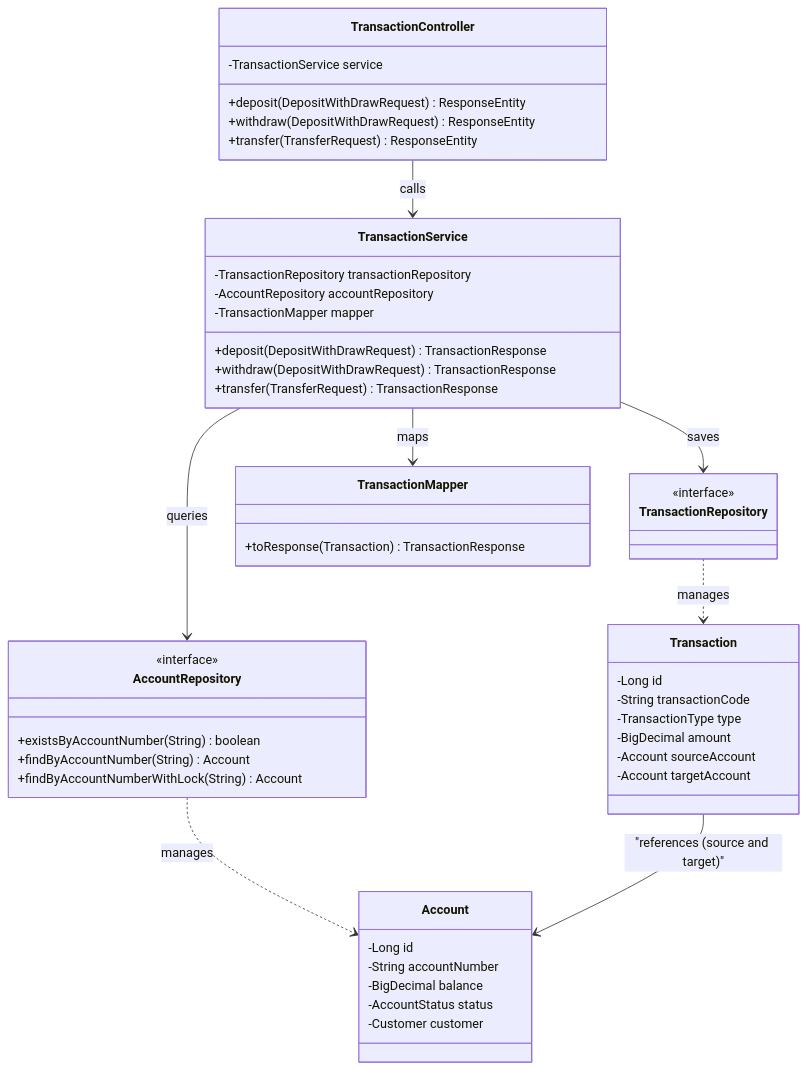
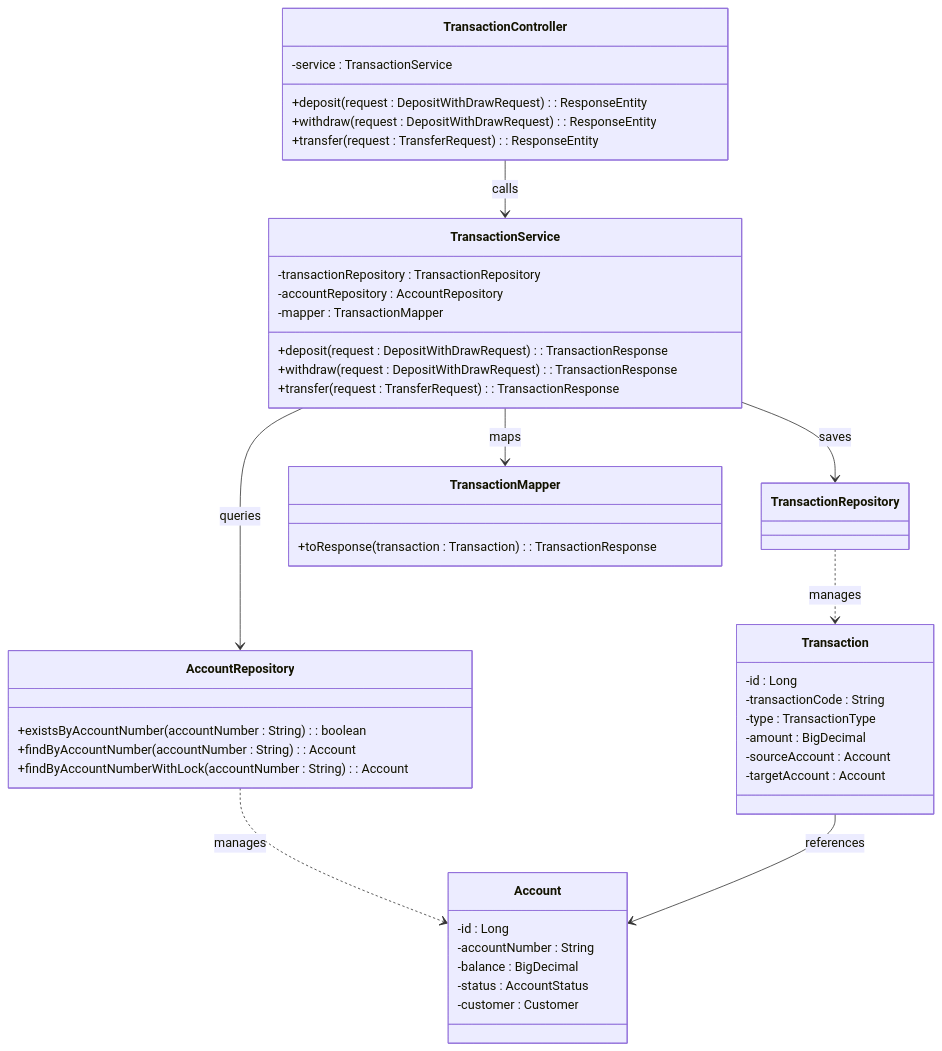
The second of 2 diagrams in project_review.md (NguyenNhatUS/SmartBank), drawn with Mermaid before and after one commit.

Commit message:
docs: update project review document with recent progress and status notes

````diff
--- a/project_review.md
+++ b/project_review.md
@@ -96,58 +96,55 @@
 ```mermaid
 classDiagram
     class TransactionController {
-        -TransactionService service
-        +deposit(DepositWithDrawRequest) ResponseEntity
-        +withdraw(DepositWithDrawRequest) ResponseEntity
-        +transfer(TransferRequest) ResponseEntity
+        -service : TransactionService
+        +deposit(request : DepositWithDrawRequest) : ResponseEntity
+        +withdraw(request : DepositWithDrawRequest) : ResponseEntity
+        +transfer(request : TransferRequest) : ResponseEntity
     }
 
     class TransactionService {
-        -TransactionRepository transactionRepository
-        -AccountRepository accountRepository
-        -TransactionMapper mapper
-        +deposit(DepositWithDrawRequest) TransactionResponse
-        +withdraw(DepositWithDrawRequest) TransactionResponse
-        +transfer(TransferRequest) TransactionResponse
+        -transactionRepository : TransactionRepository
+        -accountRepository : AccountRepository
+        -mapper : TransactionMapper
+        +deposit(request : DepositWithDrawRequest) : TransactionResponse
+        +withdraw(request : DepositWithDrawRequest) : TransactionResponse
+        +transfer(request : TransferRequest) : TransactionResponse
     }
 
     class AccountRepository {
-        <<interface>>
-        +existsByAccountNumber(String) boolean
-        +findByAccountNumber(String) Account
-        +findByAccountNumberWithLock(String) Account
+        +existsByAccountNumber(accountNumber : String) : boolean
+        +findByAccountNumber(accountNumber : String) : Account
+        +findByAccountNumberWithLock(accountNumber : String) : Account
     }
 
-    class TransactionRepository {
-        <<interface>>
-    }
+    class TransactionRepository
 
     class TransactionMapper {
-        +toResponse(Transaction) TransactionResponse
+        +toResponse(transaction : Transaction) : TransactionResponse
     }
 
     class Account {
-        -Long id
-        -String accountNumber
-        -BigDecimal balance
-        -AccountStatus status
-        -Customer customer
+        -id : Long
+        -accountNumber : String
+        -balance : BigDecimal
+        -status : AccountStatus
+        -customer : Customer
     }
 
     class Transaction {
-        -Long id
-        -String transactionCode
-        -TransactionType type
-        -BigDecimal amount
-        -Account sourceAccount
-        -Account targetAccount
+        -id : Long
+        -transactionCode : String
+        -type : TransactionType
+        -amount : BigDecimal
+        -sourceAccount : Account
+        -targetAccount : Account
     }
 
     TransactionController --> TransactionService : calls
     TransactionService --> AccountRepository : queries
     TransactionService --> TransactionRepository : saves
     TransactionService --> TransactionMapper : maps
     AccountRepository ..> Account : manages
     TransactionRepository ..> Transaction : manages
-    Transaction --> Account : "references (source and target)"
+    Transaction --> Account : references
 ```
````
